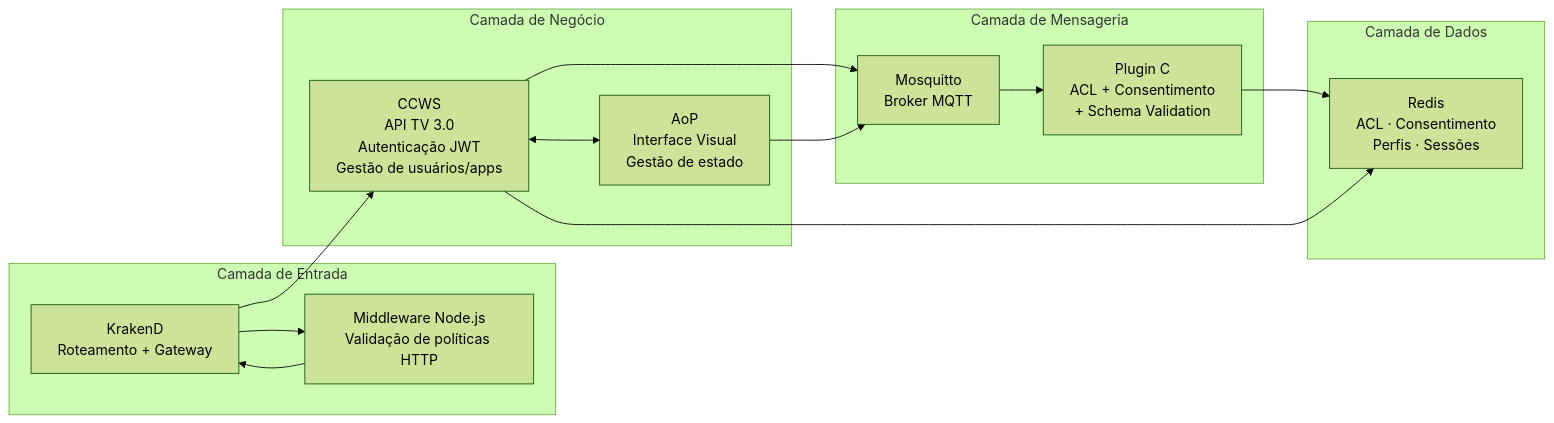
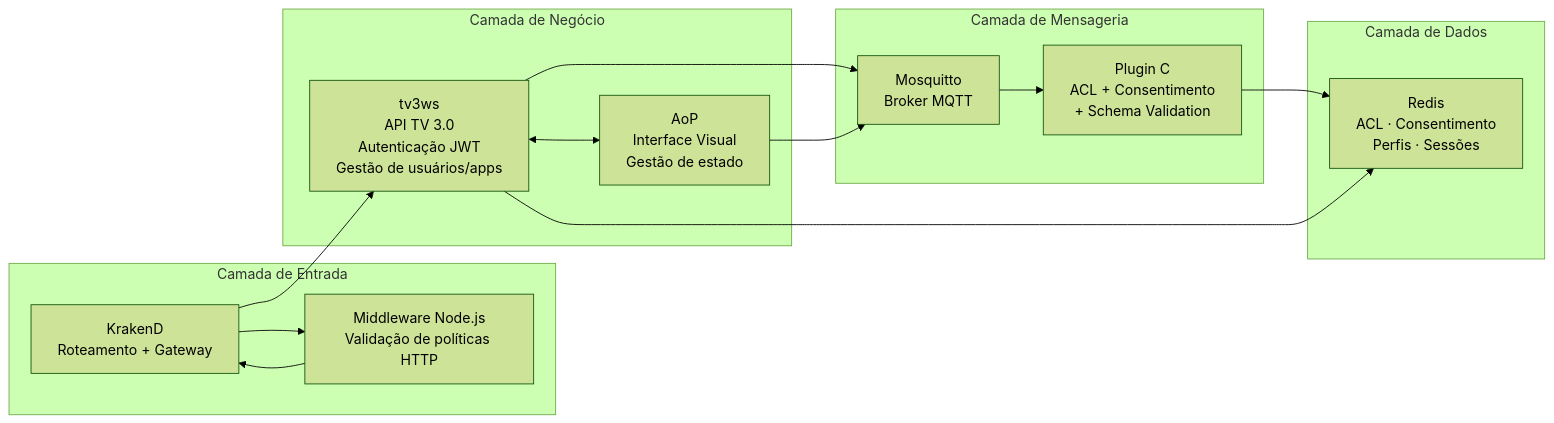
The second of 2 diagrams in docs/01-visao-geral.md (multisens/Infra), drawn with Mermaid (forest theme) before and after one commit. The commit also changed other lines of this file and 32 other files, not shown here.

````diff
--- a/docs/01-visao-geral.md
+++ b/docs/01-visao-geral.md
@@ -43,31 +45,31 @@
 ```mermaid
 graph LR
     subgraph "Camada de Entrada"
         KD["KrakenD\nRoteamento + Gateway"]
         MW["Middleware Node.js\nValidação de políticas HTTP"]
     end
 
     subgraph "Camada de Negócio"
-        CCWS["CCWS\nAPI TV 3.0\nAutenticação JWT\nGestão de usuários/apps"]
+        TV3WS["tv3ws\nAPI TV 3.0\nAutenticação JWT\nGestão de usuários/apps"]
         AOP["AoP\nInterface Visual\nGestão de estado"]
     end
 
     subgraph "Camada de Mensageria"
         MQ["Mosquitto\nBroker MQTT"]
         PLUGIN["Plugin C\nACL + Consentimento\n+ Schema Validation"]
     end
 
     subgraph "Camada de Dados"
         REDIS["Redis\nACL · Consentimento\nPerfis · Sessões"]
     end
 
     KD --> MW
     MW --> KD
-    KD --> CCWS
-    CCWS <--> AOP
-    CCWS --> MQ
+    KD --> TV3WS
+    TV3WS <--> AOP
+    TV3WS --> MQ
     AOP --> MQ
     MQ --> PLUGIN
     PLUGIN --> REDIS
-    CCWS --> REDIS
+    TV3WS --> REDIS
 ```
````
